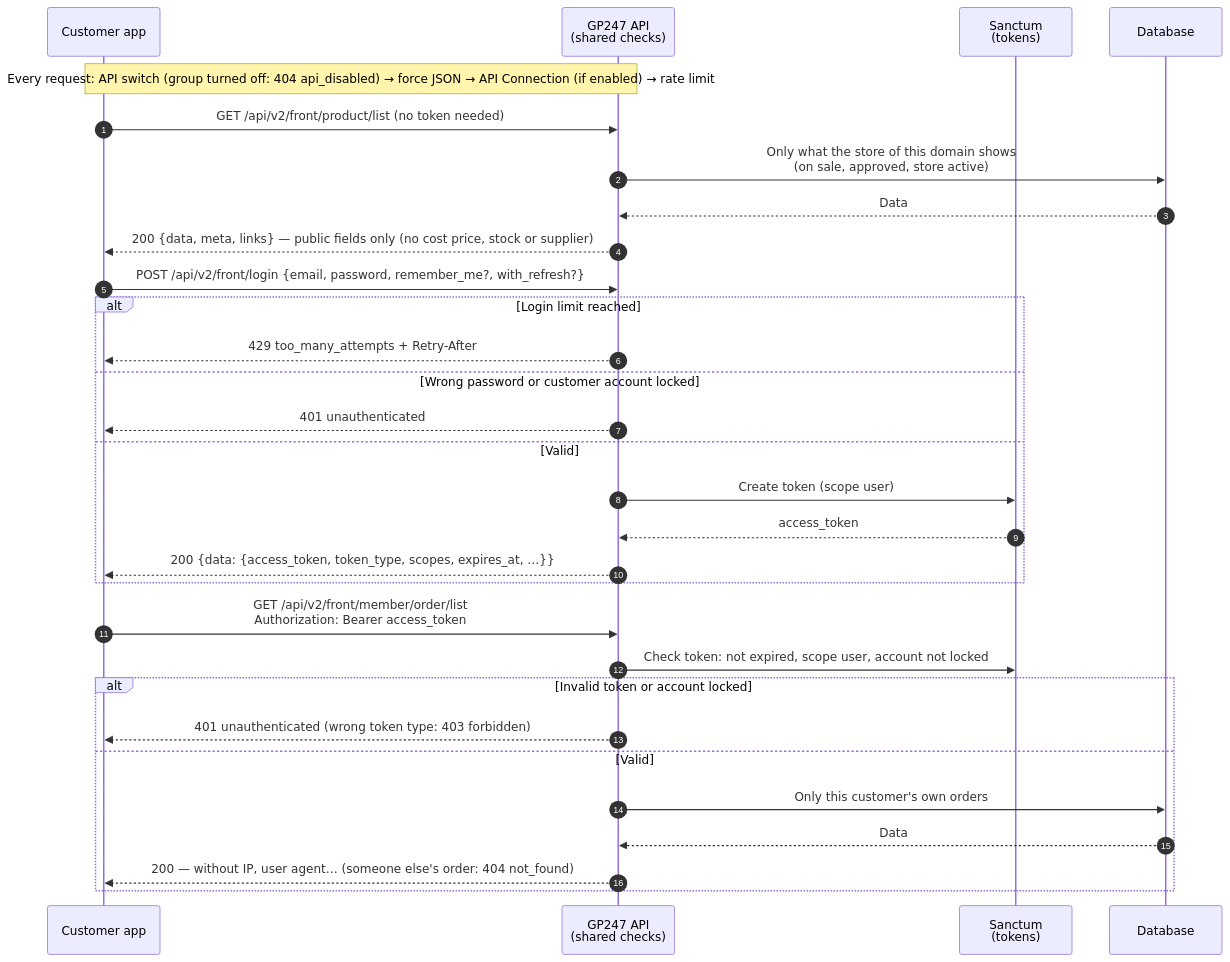
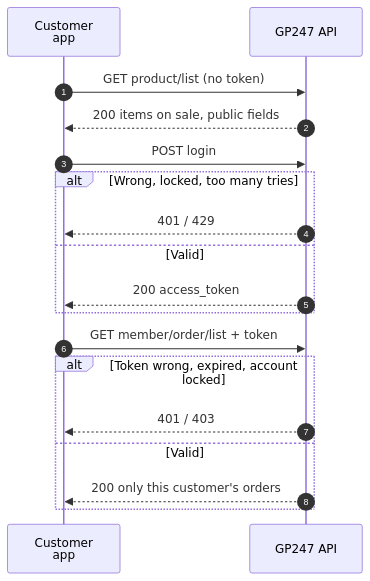
The first of 5 diagrams in api/api-storefront.md (gp247net/gp247-docs), drawn with Mermaid before and after one commit. The commit also changed other lines of this file and 44 other files, not shown here.

First line of the commit message:
docs: redraw oversized diagrams in security, API and MCP docs (vi/en/ja)

````diff
--- a/api/api-storefront.md
+++ b/api/api-storefront.md
@@ -20,32 +21,20 @@
 ```mermaid
 sequenceDiagram
     autonumber
-    participant K as Customer app
-    participant M as GP247 API<br/>(shared checks)
-    participant S as Sanctum<br/>(tokens)
-    participant D as Database
-    Note over K,M: Every request: API switch (group turned off: 404 api_disabled) → force JSON → API Connection (if enabled) → rate limit
-    K->>M: GET /api/v2/front/product/list (no token needed)
-    M->>D: Only what the store of this domain shows<br/>(on sale, approved, store active)
-    D-->>M: Data
-    M-->>K: 200 {data, meta, links} — public fields only (no cost price, stock or supplier)
-    K->>M: POST /api/v2/front/login {email, password, remember_me?, with_refresh?}
-    alt Login limit reached
-        M-->>K: 429 too_many_attempts + Retry-After
-    else Wrong password or customer account locked
-        M-->>K: 401 unauthenticated
+    participant K as Customer<br/>app
+    participant M as GP247 API
+    K->>M: GET product/list (no token)
+    M-->>K: 200 items on sale, public fields
+    K->>M: POST login
+    alt Wrong, locked, too many tries
+        M-->>K: 401 / 429
     else Valid
-        M->>S: Create token (scope user)
-        S-->>M: access_token
-        M-->>K: 200 {data: {access_token, token_type, scopes, expires_at, …}}
+        M-->>K: 200 access_token
     end
-    K->>M: GET /api/v2/front/member/order/list<br/>Authorization: Bearer access_token
-    M->>S: Check token: not expired, scope user, account not locked
-    alt Invalid token or account locked
-        M-->>K: 401 unauthenticated (wrong token type: 403 forbidden)
+    K->>M: GET member/order/list + token
+    alt Token wrong, expired, account locked
+        M-->>K: 401 / 403
     else Valid
-        M->>D: Only this customer's own orders
-        D-->>M: Data
-        M-->>K: 200 — without IP, user agent… (someone else's order: 404 not_found)
+        M-->>K: 200 only this customer's orders
     end
 ```
````
